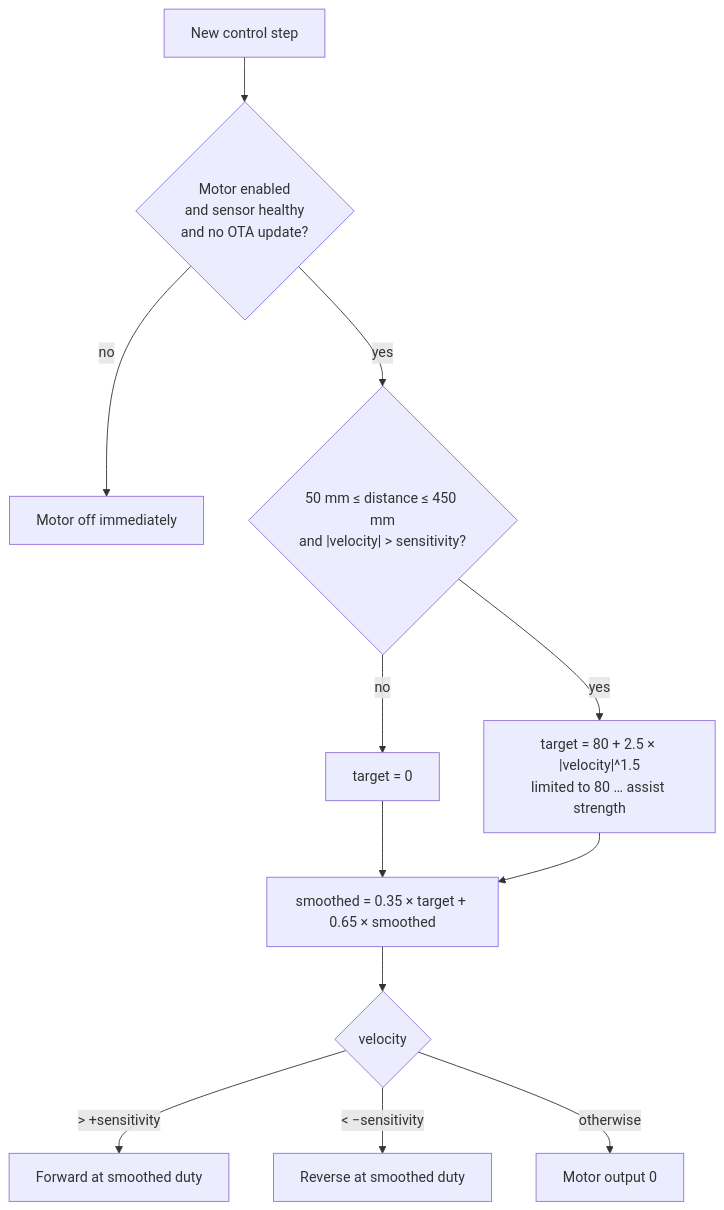
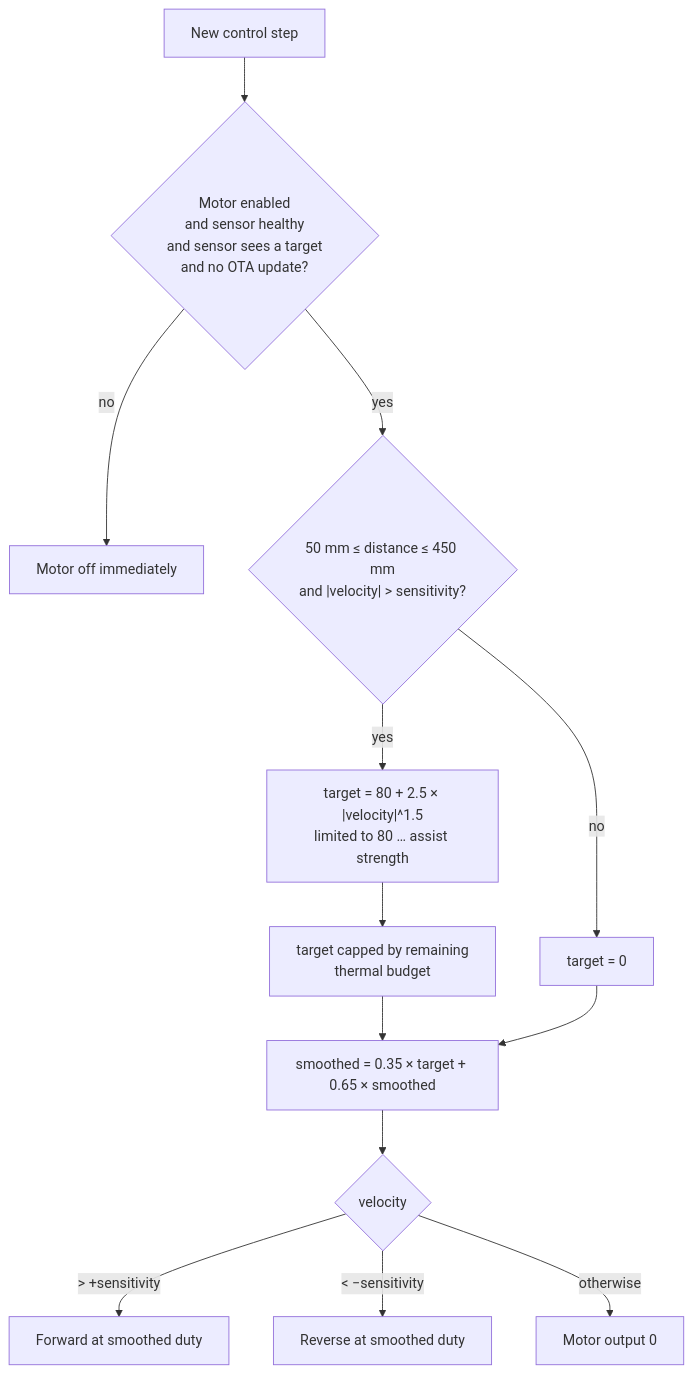
The diagram in docs/how-it-works.md (falakpat3l/stridemate-exoskeleton), drawn with Mermaid before and after one commit. The commit also changed other lines of this file and 6 other files, not shown here.

````diff
--- a/docs/how-it-works.md
+++ b/docs/how-it-works.md
@@ -16,14 +18,16 @@
 ```mermaid
 flowchart TD
-    A[New control step] --> B{"Motor enabled<br/>and sensor healthy<br/>and no OTA update?"}
+    A[New control step] --> B{"Motor enabled<br/>and sensor healthy<br/>and sensor sees a target<br/>and no OTA update?"}
     B -- no --> OFF[Motor off immediately]
     B -- yes --> C{"50 mm ≤ distance ≤ 450 mm<br/>and |velocity| > sensitivity?"}
     C -- no --> T0[target = 0]
     C -- yes --> T1["target = 80 + 2.5 × |velocity|^1.5<br/>limited to 80 … assist strength"]
+    T1 --> TH["target capped by remaining<br/>thermal budget"]
+    TH --> S
     T0 --> S
-    T1 --> S["smoothed = 0.35 × target + 0.65 × smoothed"]
+    S["smoothed = 0.35 × target + 0.65 × smoothed"]
     S --> D{velocity}
     D -- "> +sensitivity" --> F[Forward at smoothed duty]
     D -- "< −sensitivity" --> R[Reverse at smoothed duty]
     D -- otherwise --> Z[Motor output 0]
 ```
````
